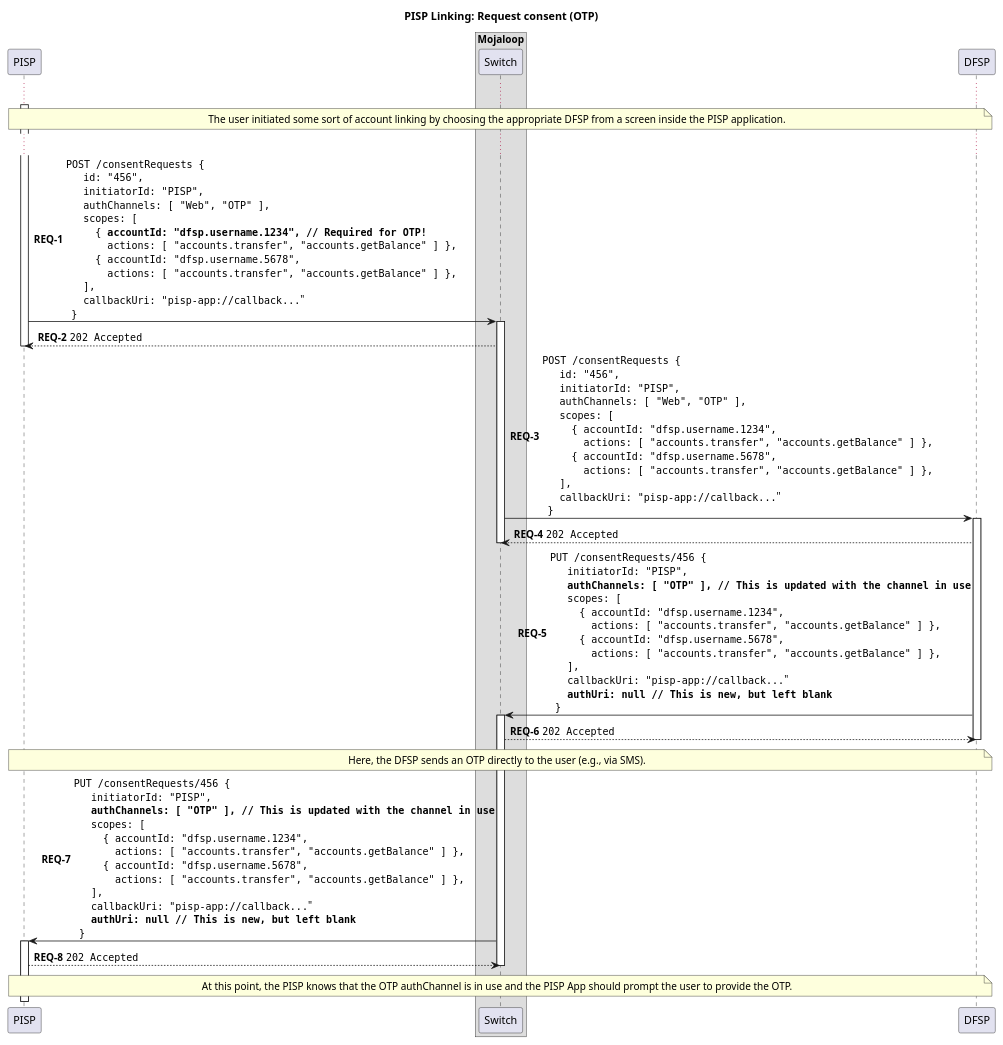
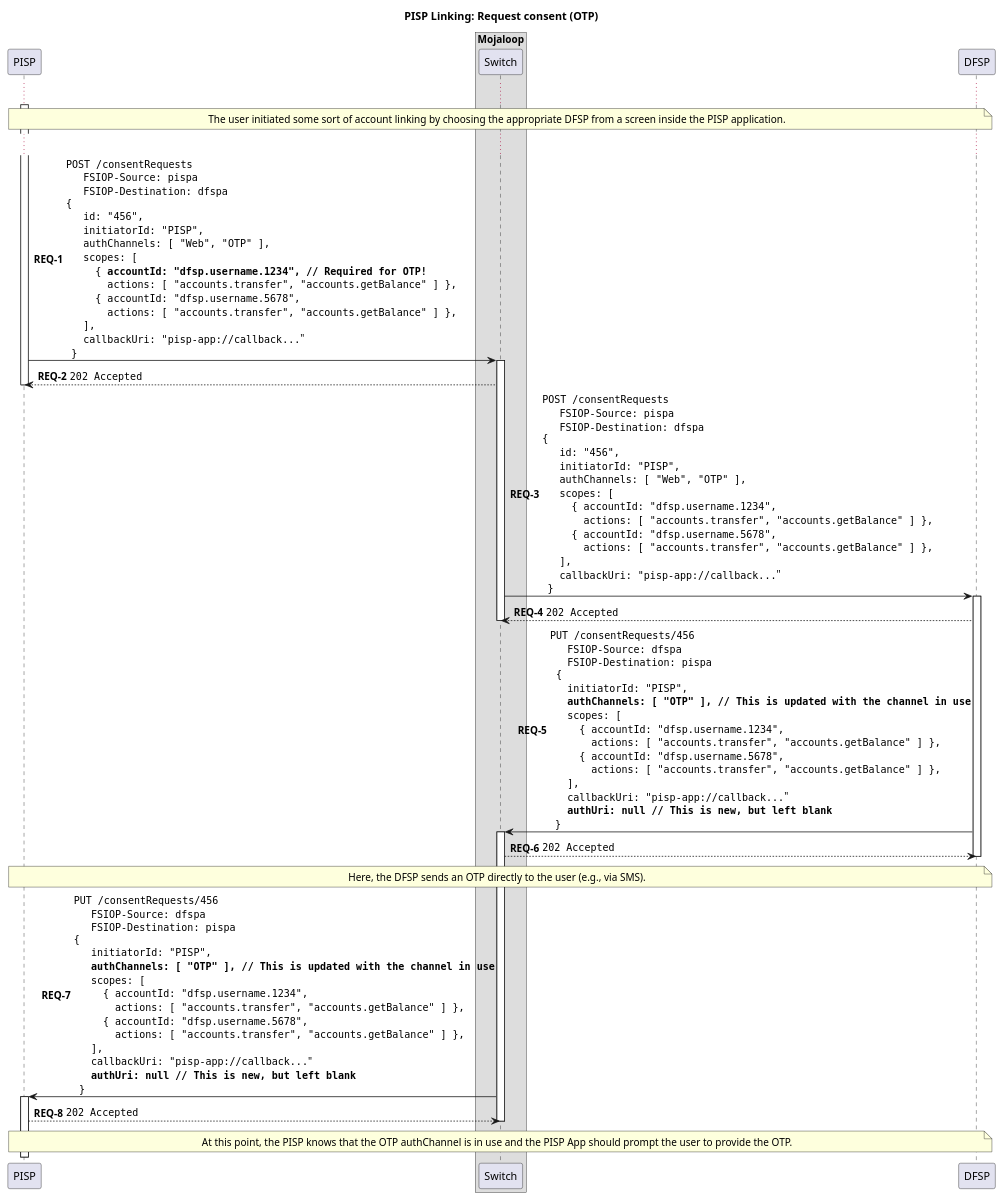
The diagram in docs/linking/2-request-consent-otp.puml (vessels-tech/pisp-1), drawn with PlantUML before and after one commit. The commit also changed 8 other files, not shown here.

Commit message:
feat: update sequence diagrams to show correct headers

```diff
--- a/docs/linking/2-request-consent-otp.puml
+++ b/docs/linking/2-request-consent-otp.puml
@@ -1,94 +1,106 @@
 @startuml
 
 title PISP Linking: Request consent (OTP)
 
 participant "PISP" as PISP
 
 box "Mojaloop"
     participant Switch
 end box
 
 participant DFSP
 
 autonumber 1 "<b>REQ-#</b>"
 
 activate PISP
 
 ...
 
 note over PISP, DFSP
     The user initiated some sort of account linking by choosing the appropriate DFSP from a screen inside the PISP application.
 end note
 
 ...
 
-PISP -> Switch ++: ""POST /consentRequests {""\n\
+PISP -> Switch ++: ""POST /consentRequests""\n\
+  ""  FSIOP-Source: pispa""\n\
+  ""  FSIOP-Destination: dfspa""\n\
+""{""\n\
   ""  id: "456",""\n\
   ""  initiatorId: "PISP",""\n\
   ""  authChannels: [ "Web", "OTP" ],""\n\
   ""  scopes: [ ""\n\
   ""    { **accountId: "dfsp.username.1234", // Required for OTP!**""\n\
   ""      actions: [ "accounts.transfer", "accounts.getBalance" ] },""\n\
   ""    { accountId: "dfsp.username.5678",""\n\
   ""      actions: [ "accounts.transfer", "accounts.getBalance" ] },""\n\
   ""  ],""\n\
   ""  callbackUri: "pisp-app://callback..."""\n\
   ""}""
 Switch --> PISP: ""202 Accepted""
 deactivate PISP
 
-Switch -> DFSP ++:  ""POST /consentRequests {""\n\
+Switch -> DFSP ++:  ""POST /consentRequests""\n\
+  ""  FSIOP-Source: pispa""\n\
+  ""  FSIOP-Destination: dfspa""\n\
+""{""\n\
   ""  id: "456",""\n\
   ""  initiatorId: "PISP",""\n\
   ""  authChannels: [ "Web", "OTP" ],""\n\
   ""  scopes: [ ""\n\
   ""    { accountId: "dfsp.username.1234",""\n\
   ""      actions: [ "accounts.transfer", "accounts.getBalance" ] },""\n\
   ""    { accountId: "dfsp.username.5678",""\n\
   ""      actions: [ "accounts.transfer", "accounts.getBalance" ] },""\n\
   ""  ],""\n\
   ""  callbackUri: "pisp-app://callback..."""\n\
   ""}""
 DFSP --> Switch: ""202 Accepted""
 deactivate Switch
 
-DFSP -> Switch ++: ""PUT /consentRequests/456 {""\n\
+DFSP -> Switch ++: ""PUT /consentRequests/456""\n\
+  ""  FSIOP-Source: dfspa""\n\
+  ""  FSIOP-Destination: pispa""\n\
+"" {""\n\
   ""  initiatorId: "PISP",""\n\
   ""  **authChannels: [ "OTP" ], // This is updated with the channel in use**""\n\
   ""  scopes: [ ""\n\
   ""    { accountId: "dfsp.username.1234",""\n\
   ""      actions: [ "accounts.transfer", "accounts.getBalance" ] },""\n\
   ""    { accountId: "dfsp.username.5678",""\n\
   ""      actions: [ "accounts.transfer", "accounts.getBalance" ] },""\n\
   ""  ],""\n\
   ""  callbackUri: "pisp-app://callback..."""\n\
   ""  **authUri: null // This is new, but left blank**""\n\
   ""}""
 Switch --> DFSP: ""202 Accepted""
 
 note over PISP, DFSP
   Here, the DFSP sends an OTP directly to the user (e.g., via SMS).
 end note
 
 deactivate DFSP
 
-Switch -> PISP ++: ""PUT /consentRequests/456 {""\n\
+Switch -> PISP ++: ""PUT /consentRequests/456""\n\
+  ""  FSIOP-Source: dfspa""\n\
+  ""  FSIOP-Destination: pispa""\n\
+""{""\n\
   ""  initiatorId: "PISP",""\n\
   ""  **authChannels: [ "OTP" ], // This is updated with the channel in use**""\n\
   ""  scopes: [ ""\n\
   ""    { accountId: "dfsp.username.1234",""\n\
   ""      actions: [ "accounts.transfer", "accounts.getBalance" ] },""\n\
   ""    { accountId: "dfsp.username.5678",""\n\
   ""      actions: [ "accounts.transfer", "accounts.getBalance" ] },""\n\
   ""  ],""\n\
   ""  callbackUri: "pisp-app://callback..."""\n\
   ""  **authUri: null // This is new, but left blank**""\n\
   ""}""
 PISP --> Switch: ""202 Accepted""
 deactivate Switch
 
 note over PISP, DFSP
   At this point, the PISP knows that the OTP authChannel is in use and the PISP App should prompt the user to provide the OTP.
 end note
 
 @enduml
```
